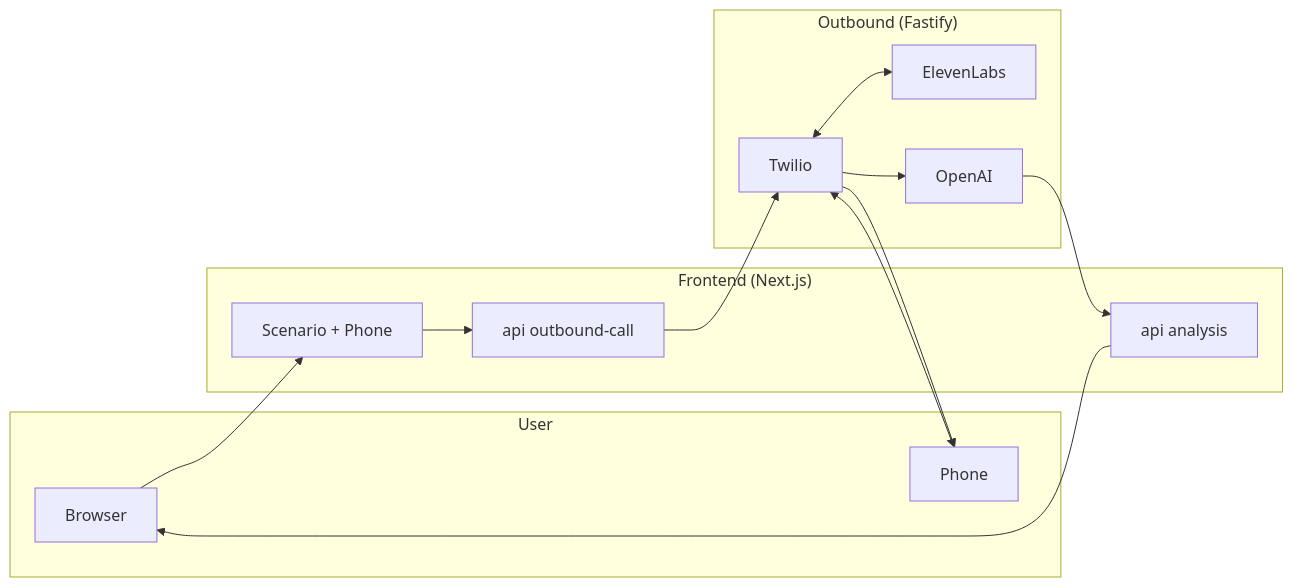
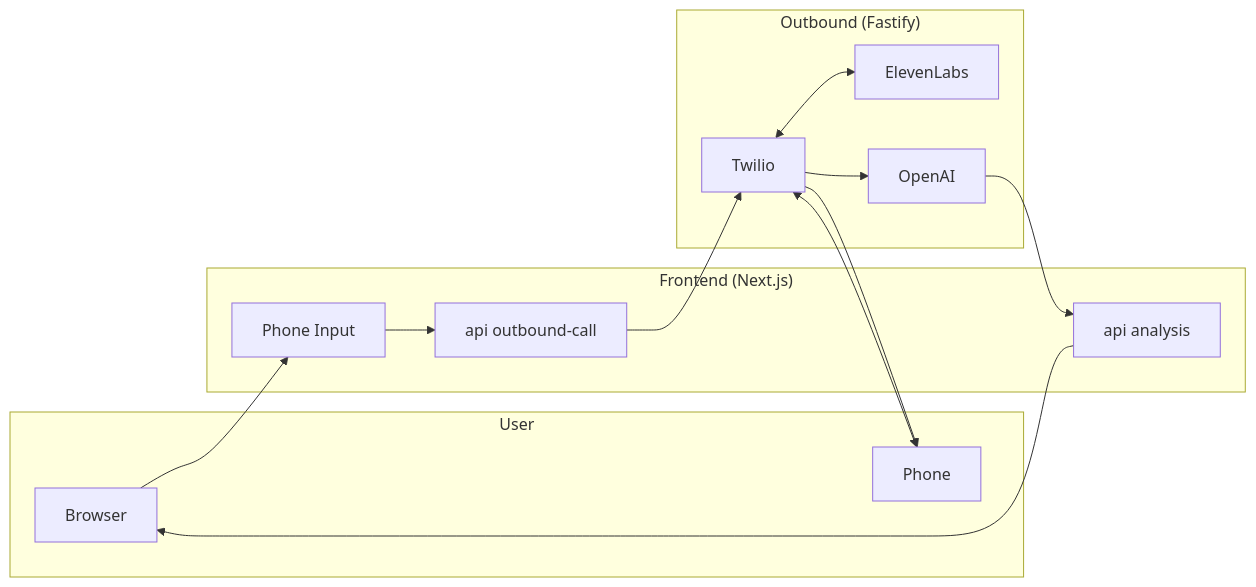
One commit to btwitsPratyush/FirstLine-AI changed the first of 2 diagrams in README.md. Above: the diagram before and after it, drawn with Mermaid. The commit also changed other lines of this file and 6 other files, not shown here.

````diff
--- a/README.md
+++ b/README.md
@@ -30,26 +30,26 @@
 ```mermaid
 flowchart LR
   subgraph User
     A[Browser]
     B[Phone]
   end
   subgraph Frontend["Frontend (Next.js)"]
-    C[Scenario + Phone]
+    C[Phone Input]
     D[api outbound-call]
     E[api analysis]
   end
   subgraph Outbound["Outbound (Fastify)"]
     F[Twilio]
     G[ElevenLabs]
     H[OpenAI]
   end
   A --> C
   C --> D
   D --> F
   F --> B
   B <--> F
   F <--> G
   F --> H
   H --> E
   E --> A
 ```
````
